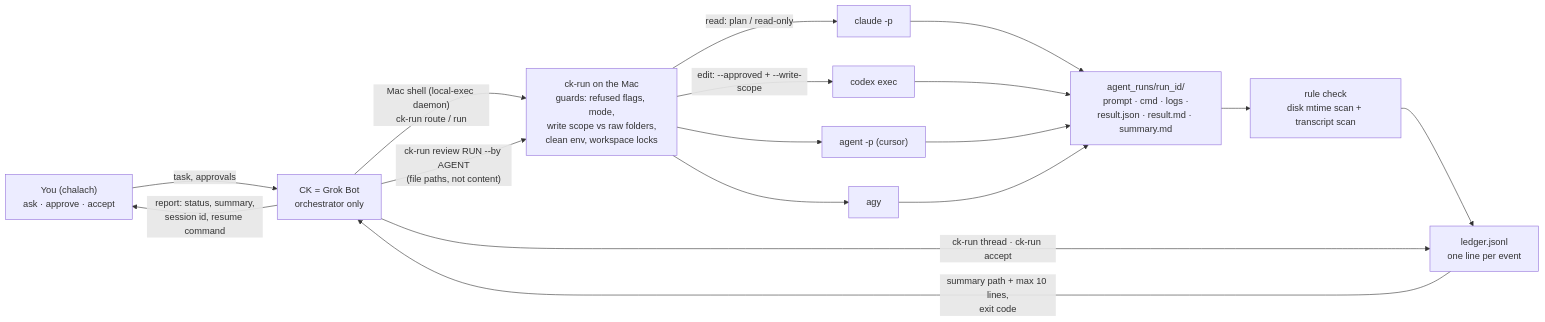
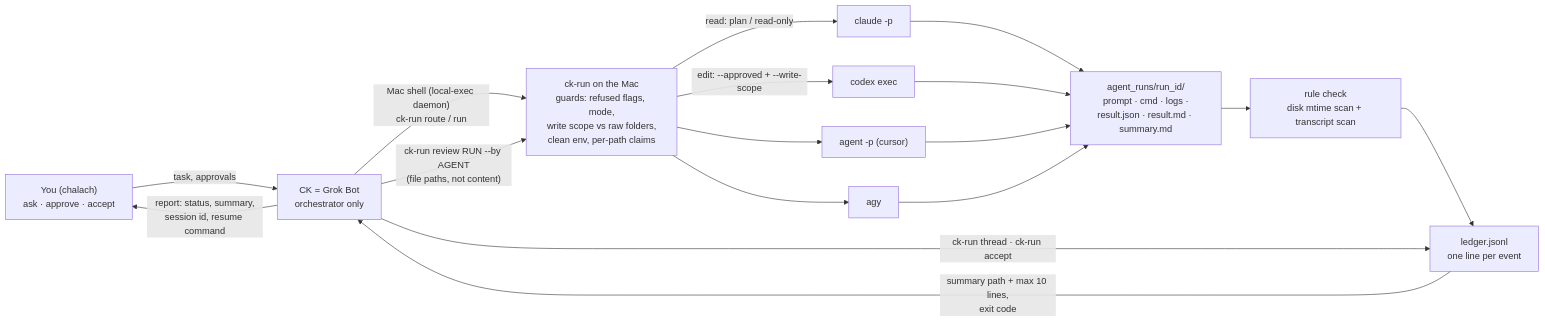
Before and after one commit to chalach49266/ck-dispatch: the diagram in docs/framework_v3/AI_Agent_Delegation_Framework_v3.md, drawn with Mermaid. The commit also changed other lines of this file and 17 other files, not shown here.

````diff
--- a/docs/framework_v3/AI_Agent_Delegation_Framework_v3.md
+++ b/docs/framework_v3/AI_Agent_Delegation_Framework_v3.md
@@ -32,19 +32,19 @@
 ```mermaid
 flowchart LR
   U["You (chalach)<br/>ask · approve · accept"] -->|task, approvals| CK["CK = Grok Bot<br/>orchestrator only"]
-  CK -->|"Mac shell (local-exec daemon)<br/>ck-run route / run"| R["ck-run on the Mac<br/>guards: refused flags, mode,<br/>write scope vs raw folders,<br/>clean env, workspace locks"]
+  CK -->|"Mac shell (local-exec daemon)<br/>ck-run route / run"| R["ck-run on the Mac<br/>guards: refused flags, mode,<br/>write scope vs raw folders,<br/>clean env, per-path claims"]
   R -->|read: plan / read-only| C["claude -p"]
   R -->|"edit: --approved + --write-scope"| X["codex exec"]
   R --> CU["agent -p (cursor)"]
   R --> A["agy"]
   C --> RD["agent_runs/run_id/<br/>prompt · cmd · logs ·<br/>result.json · result.md · summary.md"]
   X --> RD
   CU --> RD
   A --> RD
   RD --> RC["rule check<br/>disk mtime scan + transcript scan"]
   RC --> L["ledger.jsonl<br/>one line per event"]
   L -->|"summary path + max 10 lines,<br/>exit code"| CK
   CK -->|"ck-run review RUN --by AGENT<br/>(file paths, not content)"| R
   CK -->|"ck-run thread · ck-run accept"| L
   CK -->|"report: status, summary,<br/>session id, resume command"| U
 ```
````
